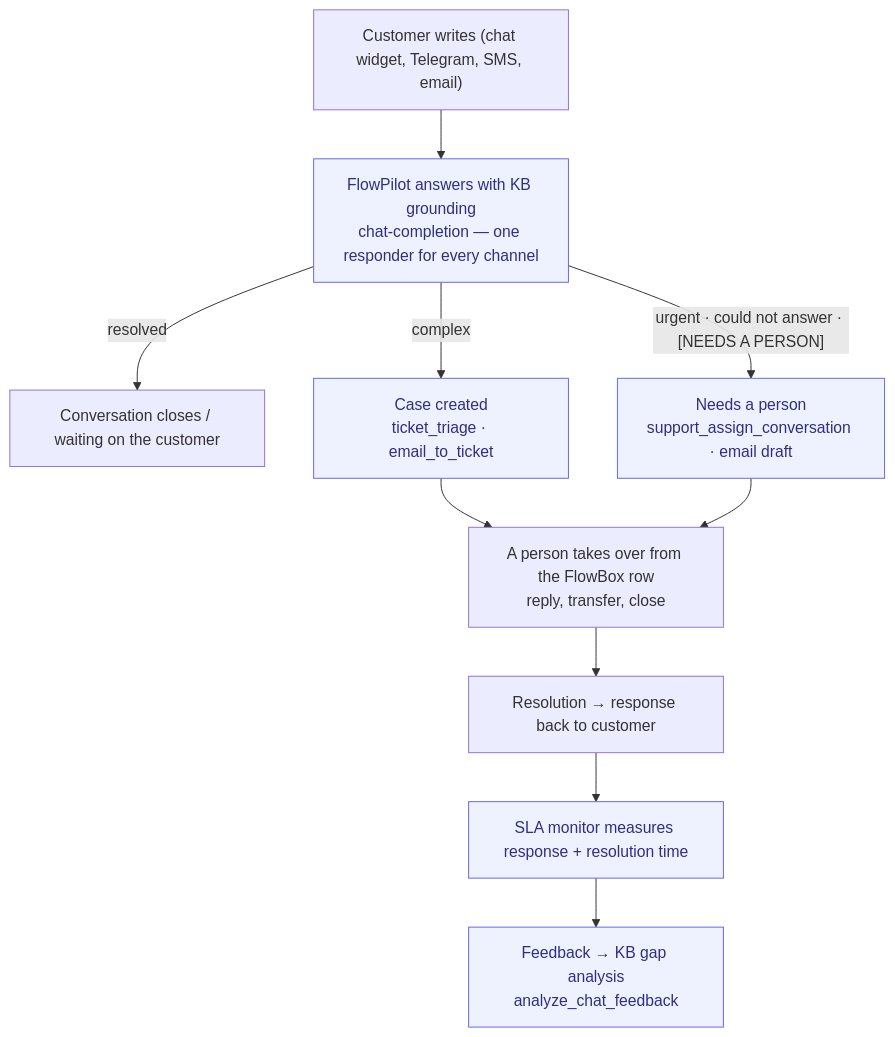
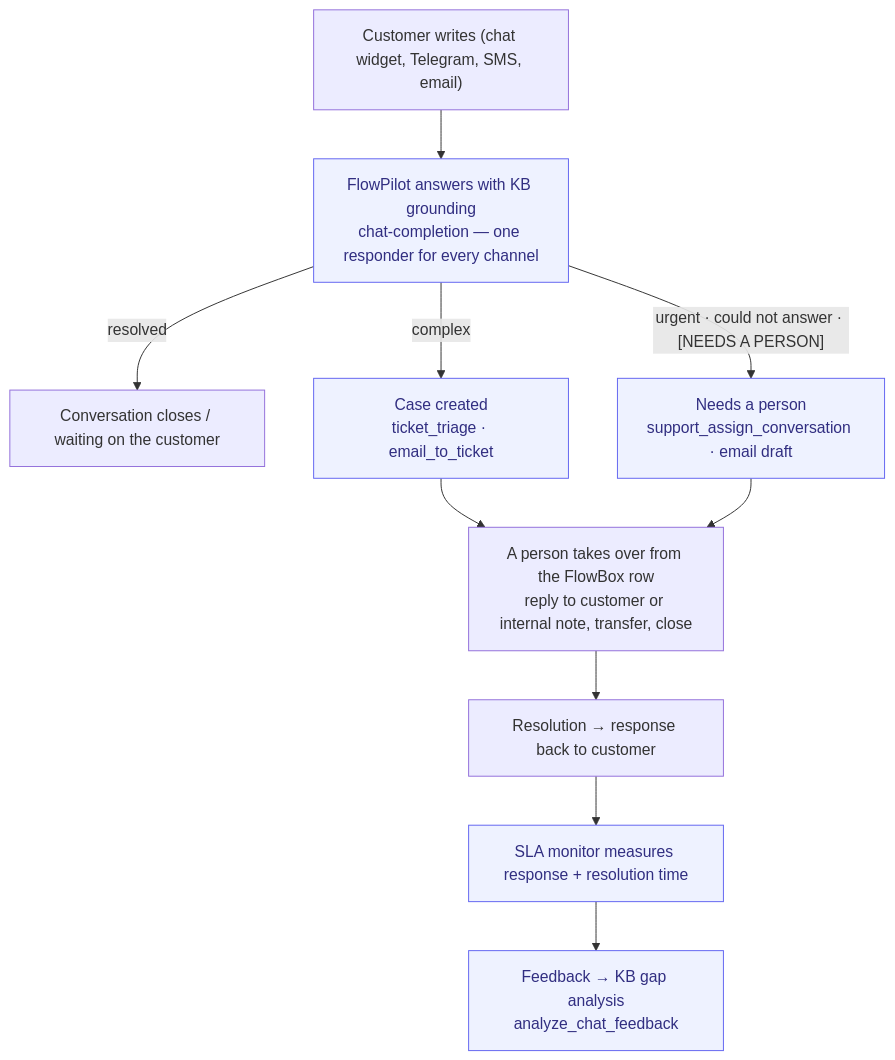
One commit to magnusfroste/flowwink changed the diagram in docs/processes/support-to-resolution.md. Above: the diagram before and after it, drawn with Mermaid. The commit also changed other lines of this file and 15 other files, not shown here.

````diff
--- a/docs/processes/support-to-resolution.md
+++ b/docs/processes/support-to-resolution.md
@@ -33,15 +33,15 @@
 ```mermaid
 flowchart TD
     A["Customer writes (chat widget, Telegram, SMS, email)"] --> B["FlowPilot answers with KB grounding<br/>chat-completion — one responder for every channel"]
     B -->|resolved| C["Conversation closes / waiting on the customer"]
     B -->|complex| D["Case created<br/>ticket_triage · email_to_ticket"]
     B -->|"urgent · could not answer · [NEEDS A PERSON]"| E["Needs a person<br/>support_assign_conversation · email draft"]
-    D --> F["A person takes over from the FlowBox row<br/>reply, transfer, close"]
+    D --> F["A person takes over from the FlowBox row<br/>reply to customer or internal note, transfer, close"]
     E --> F
     F --> G["Resolution → response back to customer"]
     G --> H["SLA monitor measures response + resolution time"]
     H --> I["Feedback → KB gap analysis<br/>analyze_chat_feedback"]
 
     classDef agent fill:#eef2ff,stroke:#6366f1,color:#312e81;
     class B,D,E,H,I agent
 ```
````
